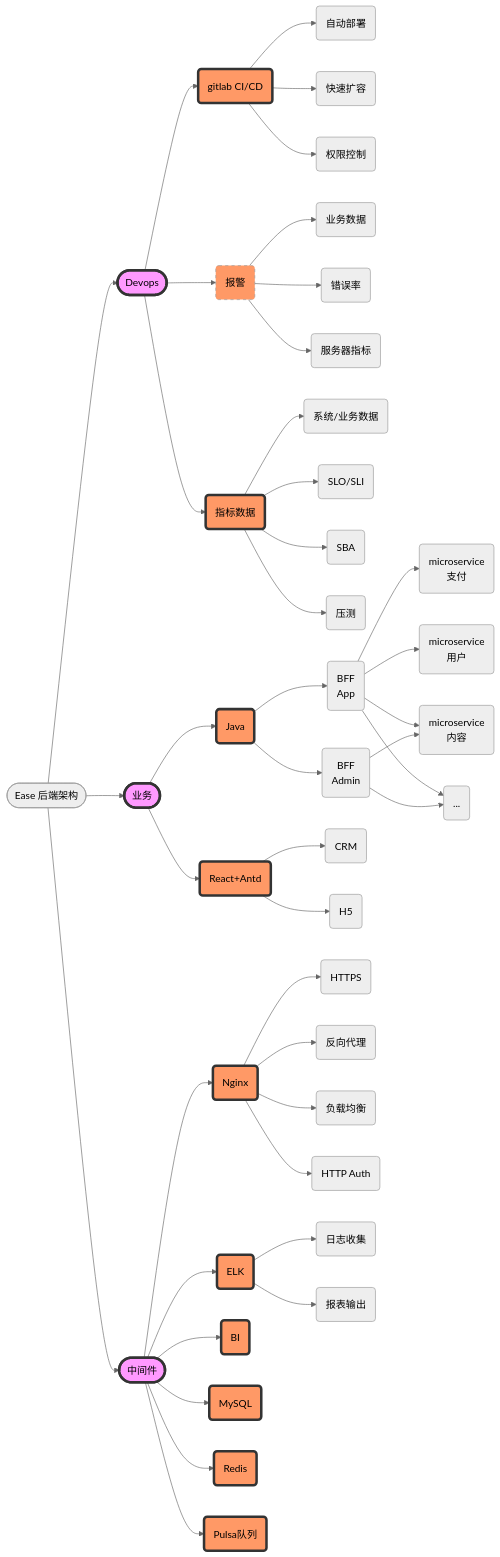
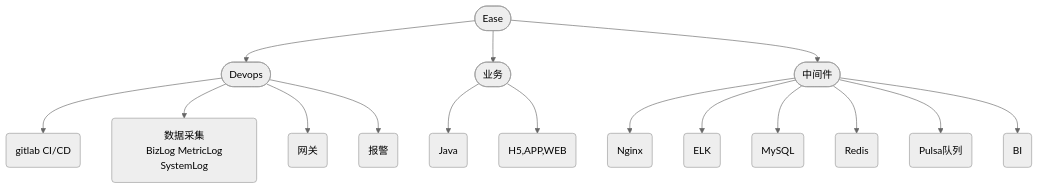
One commit to dengqinghua/dengqinghua.github.io changed the first of 7 diagrams in _posts/2021-07-26-3-month-sharing.md. Above: the diagram before and after it, drawn with Mermaid (neutral theme). The commit also changed other lines of this file and 37 other files, not shown here.

```diff
--- a/_posts/2021-07-26-3-month-sharing.md
+++ b/_posts/2021-07-26-3-month-sharing.md
@@ -23,72 +23,23 @@
 <div class="mermaid" markdown="0">
-graph LR;
-    arch([Ease 后端架构]);
+graph TB;
+    arch([Ease]);
     op([Devops]);
     op1(gitlab CI/CD)
-    op11(自动部署)
-    op12(快速扩容)
-    op13(权限控制)
-    op2(指标数据)
-    op3(报警)
-    op31(业务数据)
-    op32(错误率)
-    op33(服务器指标)
-    op21(系统/业务数据)
-    op22(SLO/SLI)
-    op23(SBA)
-    op24(压测)
+    op2(数据采集<br > BizLog MetricLog SystemLog)
+    op3(网关)
+    op4(报警)
     biz([业务]);
     biz1(Java);
-    biz11(BFF <br >App);
-    biz12(BFF <br >Admin);
-    biz2(React+Antd);
-    biz-m1(microservice<br > 内容)
-    biz-m3(microservice<br > 支付)
-    biz-m4(microservice<br > 用户)
-    biz-other(...)
-    biz22(CRM);
-    biz23(H5);
+    biz2(H5,APP,WEB);
     sys([中间件]);
     sys0(Nginx);
-    sys00(HTTPS);
-    sys01(反向代理);
-    sys02(负载均衡);
-    sys03(HTTP Auth);
     sys1(ELK);
-    sys11(日志收集);
-    sys12(报表输出);
-    sys2(BI);
-    sys3(MySQL);
-    sys4(Redis);
-    sys5(Pulsa队列);
+    sys2(MySQL);
+    sys3(Redis);
+    sys4(Pulsa队列);
+    sys5(BI);
     arch-->op & biz & sys;
-    op-->op1 & op2 & op3;
-    op1-->op11 & op12 & op13;
-    op2-->op21 & op22 & op23 & op24;
-    op3-->op31 & op32 & op33;
+    op-->op1 & op2 & op3 & op4;
     biz-->biz1 & biz2;
-    biz1-->biz11 & biz12;
-    biz2-->biz22 & biz23;
     sys-->sys0 & sys1 & sys2 & sys3 & sys4 & sys5;
-    sys1-->sys11 & sys12;
-    sys0-->sys00 & sys01 & sys02 & sys03;
-    biz11 --> biz-m3 & biz-m4
-    biz11 & biz12 --> biz-m1 & biz-other
-
-    style op fill:#f9f,stroke:#333,stroke-width:4px
-    style biz fill:#f9f,stroke:#333,stroke-width:4px
-    style sys fill:#f9f,stroke:#333,stroke-width:4px
-
-    style op1 fill:#f96f,stroke:#333,stroke-width:4px
-    style op2 fill:#f96f,stroke:#333,stroke-width:4px
-    style biz1 fill:#f96f,stroke:#333,stroke-width:4px
-    style biz2 fill:#f96f,stroke:#333,stroke-width:4px
-    style sys0 fill:#f96f,stroke:#333,stroke-width:4px
-    style sys1 fill:#f96f,stroke:#333,stroke-width:4px
-    style sys2 fill:#f96f,stroke:#333,stroke-width:4px
-    style sys3 fill:#f96f,stroke:#333,stroke-width:4px
-    style sys4 fill:#f96f,stroke:#333,stroke-width:4px
-    style sys5 fill:#f96f,stroke:#333,stroke-width:4px
-
-    style op3 fill:#f96f,stroke-dasharray: 5 5
 </div>
```
